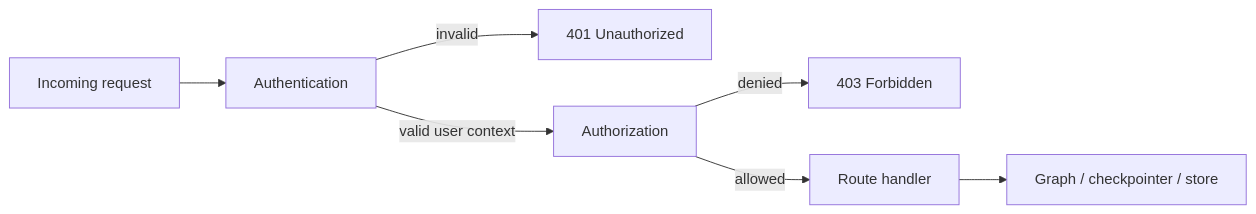
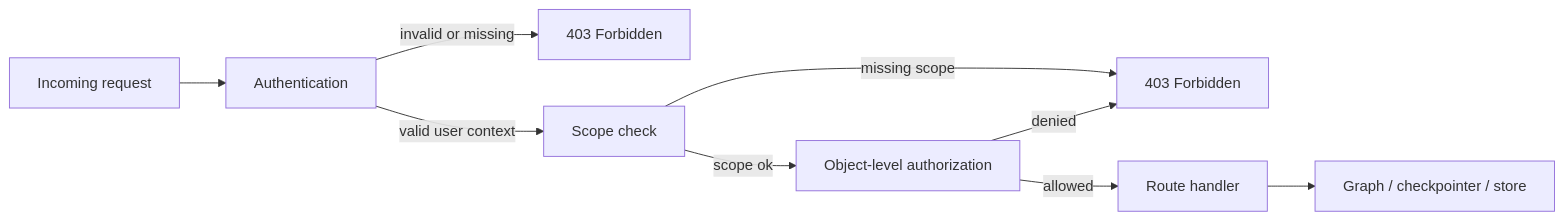
Before and after one commit to 10xHub/agentflow-docs: the first of 3 diagrams in docs/how-to/production/auth-and-authorization.md, drawn with Mermaid. The commit also changed other lines of this file and 104 other files, not shown here.

First line of the commit message:
Add documentation for graph control, LLM utilities, evals, and observability REST API endpoints

````diff
--- a/docs/how-to/production/auth-and-authorization.md
+++ b/docs/how-to/production/auth-and-authorization.md
@@ -30,9 +30,11 @@
 ```mermaid
 flowchart LR
     A[Incoming request] --> B[Authentication]
-    B -->|invalid| C[401 Unauthorized]
-    B -->|valid user context| D[Authorization]
-    D -->|denied| E[403 Forbidden]
+    B -->|invalid or missing| C[403 Forbidden]
+    B -->|valid user context| S[Scope check]
+    S -->|missing scope| E[403 Forbidden]
+    S -->|scope ok| D[Object-level authorization]
+    D -->|denied| E
     D -->|allowed| F[Route handler]
     F --> G[Graph / checkpointer / store]
 ```
````
